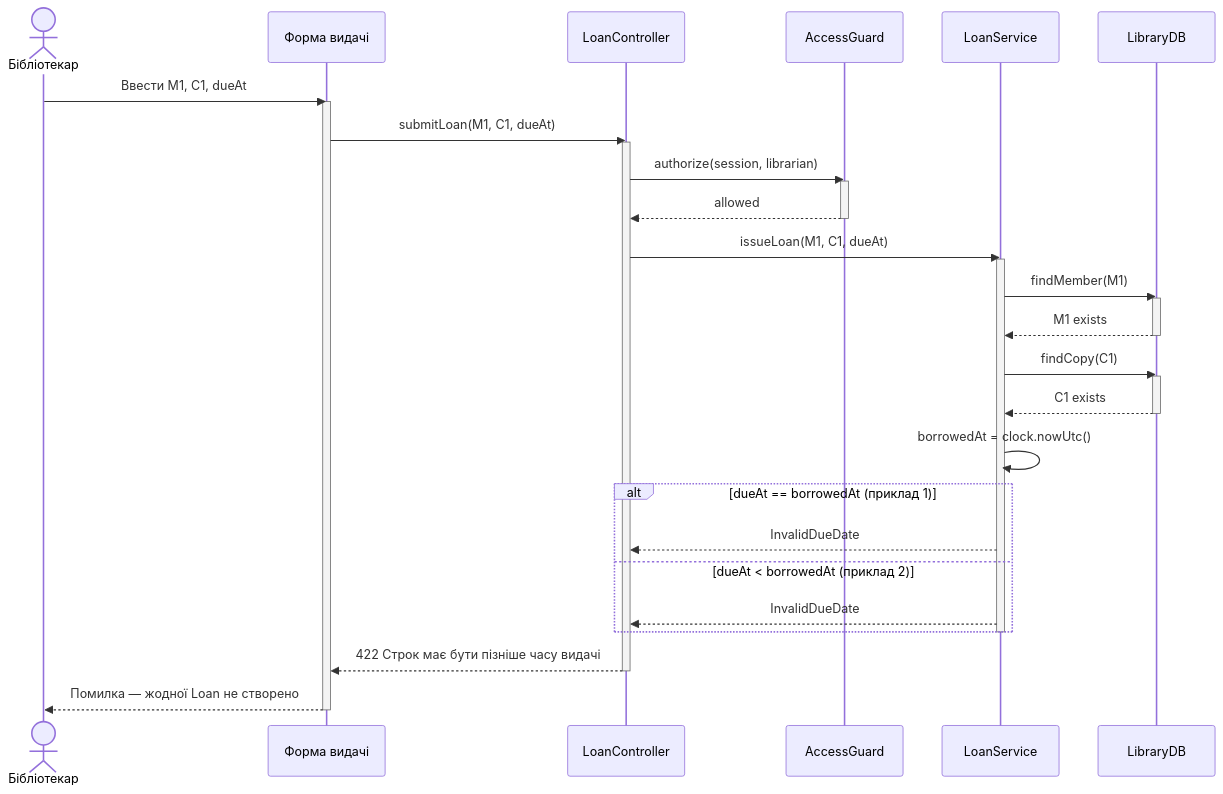
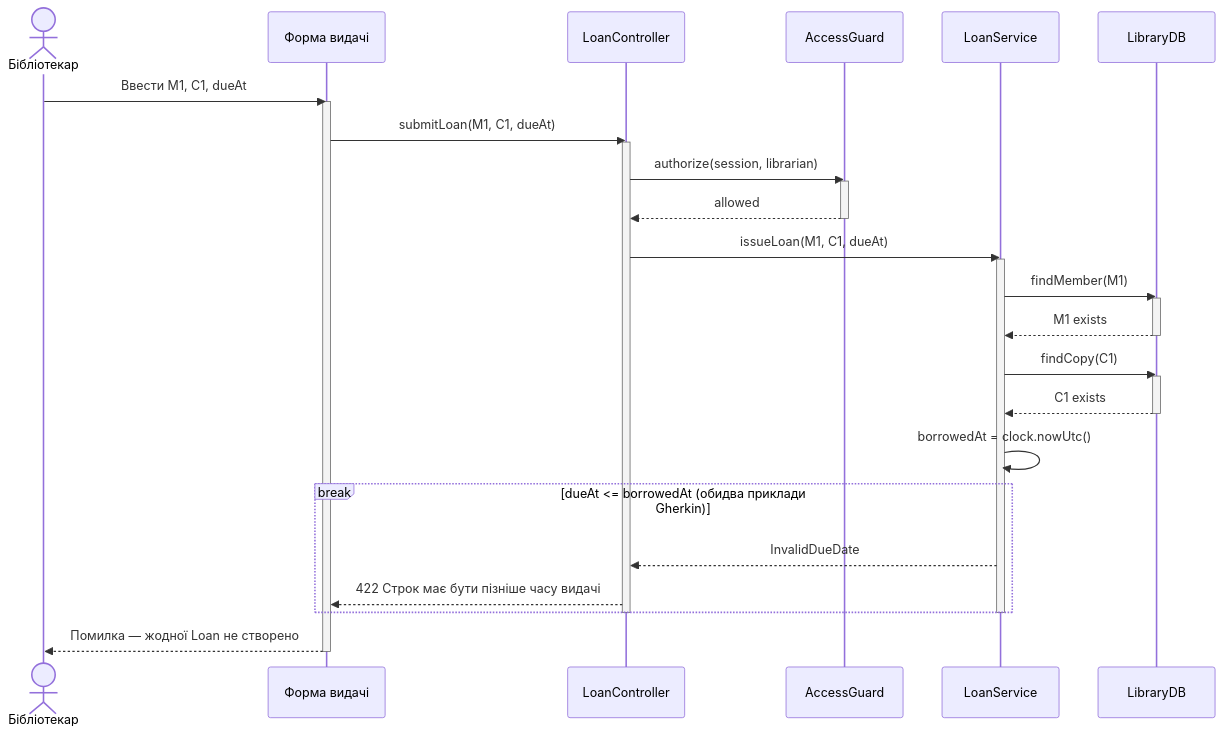
One commit to Alex9011/KPI2-Lab3 changed the diagram in sequence/S-04-invalid-due-date.mmd. Above: the diagram before and after it, drawn with Mermaid.

Commit message:
Short-circuit invalid due date scenario

```diff
--- a/sequence/S-04-invalid-due-date.mmd
+++ b/sequence/S-04-invalid-due-date.mmd
@@ -1,37 +1,35 @@
 sequenceDiagram
     %% title: S-04 — Недопустимий строк (2 приклади)
     actor B as Бібліотекар
     participant UI as Форма видачі
     participant C as LoanController
     participant A as AccessGuard
     participant S as LoanService
     participant D as LibraryDB
     B->>UI: Ввести M1, C1, dueAt
     activate UI
     UI->>C: submitLoan(M1, C1, dueAt)
     activate C
     C->>A: authorize(session, librarian)
     activate A
     A-->>C: allowed
     deactivate A
     C->>S: issueLoan(M1, C1, dueAt)
     activate S
     S->>D: findMember(M1)
     activate D
     D-->>S: M1 exists
     deactivate D
     S->>D: findCopy(C1)
     activate D
     D-->>S: C1 exists
     deactivate D
     S->>S: borrowedAt = clock.nowUtc()
-    alt dueAt == borrowedAt (приклад 1)
+    break dueAt <= borrowedAt (обидва приклади Gherkin)
         S-->>C: InvalidDueDate
-    else dueAt < borrowedAt (приклад 2)
-        S-->>C: InvalidDueDate
+        C-->>UI: 422 Строк має бути пізніше часу видачі
     end
     deactivate S
-    C-->>UI: 422 Строк має бути пізніше часу видачі
     deactivate C
     UI-->>B: Помилка — жодної Loan не створено
     deactivate UI
```
